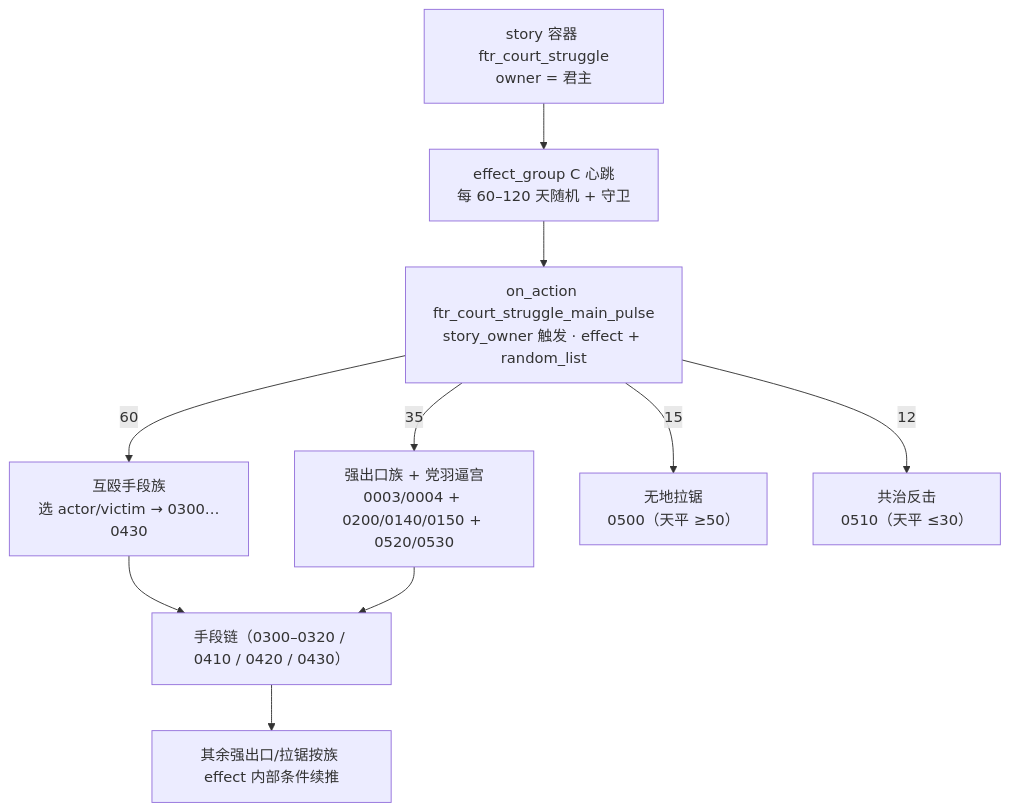
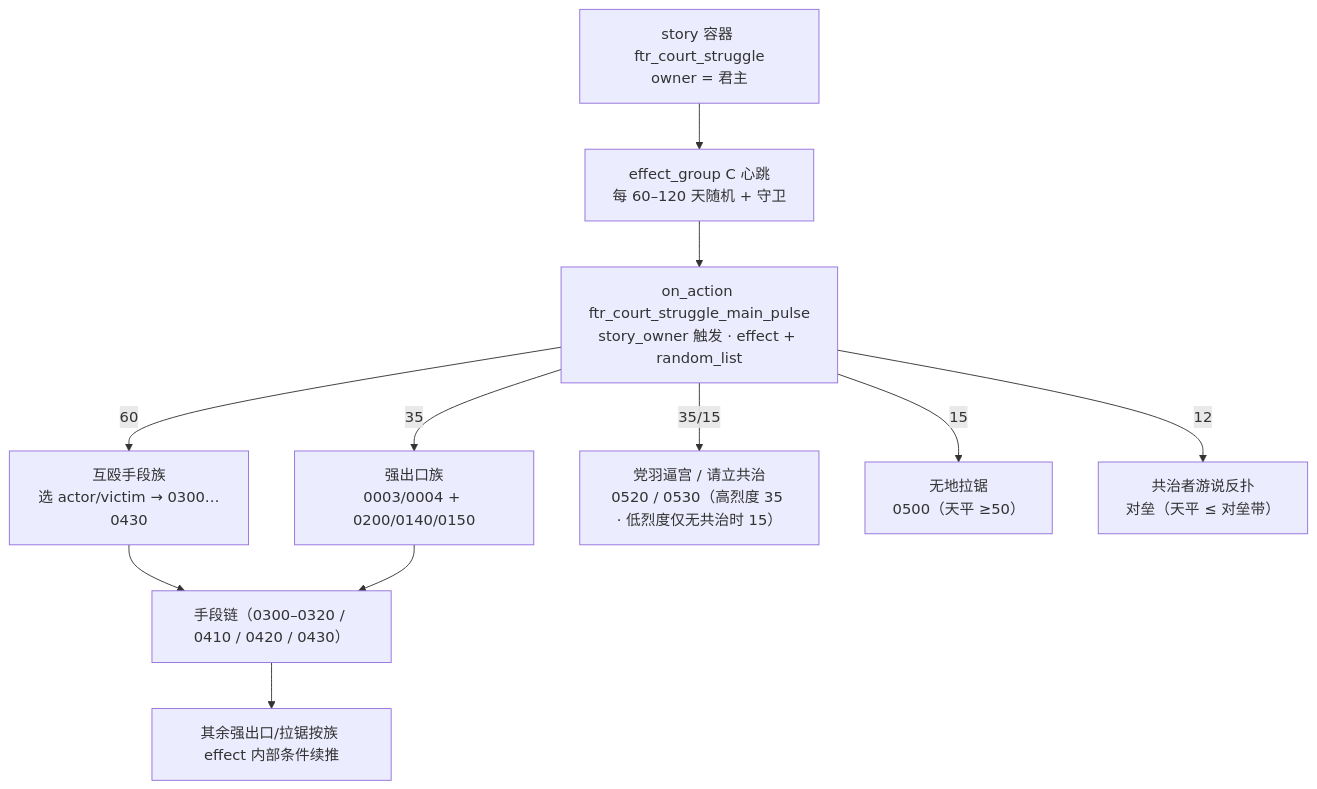
One commit to FeronCompany/ck3_for_the_realm changed the diagram in document/task_design/01-朝堂权力角逐-系统设计.md. Above: the diagram before and after it, drawn with Mermaid. The commit also changed other lines of this file and 20 other files, not shown here.

````diff
--- a/document/task_design/01-朝堂权力角逐-系统设计.md
+++ b/document/task_design/01-朝堂权力角逐-系统设计.md
@@ -206,12 +215,13 @@
 ```mermaid
 flowchart TD
     ST["story 容器 ftr_court_struggle<br/>owner = 君主"] --> EG["effect_group C 心跳<br/>每 60–120 天随机 + 守卫"]
     EG -->     OA["on_action ftr_court_struggle_main_pulse<br/>story_owner 触发 · effect + random_list"]
     OA -- 60 --> F1["互殴手段族<br/>选 actor/victim → 0300…0430"]
-    OA -- 35 --> F2["强出口族 + 党羽逼宫<br/>0003/0004 + 0200/0140/0150 + 0520/0530"]
+    OA -- 35 --> F2["强出口族<br/>0003/0004 + 0200/0140/0150"]
+    OA -- 35/15 --> F5["党羽逼宫 / 请立共治<br/>0520 / 0530（高烈度 35 · 低烈度仅无共治时 15）"]
     OA -- 15 --> F3["无地拉锯<br/>0500（天平 ≥50）"]
-    OA -- 12 --> F4["共治反击<br/>0510（天平 ≤30）"]
+    OA -- 12 --> F4["共治者游说反扑<br/>对垒（天平 ≤ 对垒带）"]
     F1 --> D["手段链（0300–0320 / 0410 / 0420 / 0430）"]
     F2 --> D
     D --> R["其余强出口/拉锯按族 effect 内部条件续推"]
 ```
````
